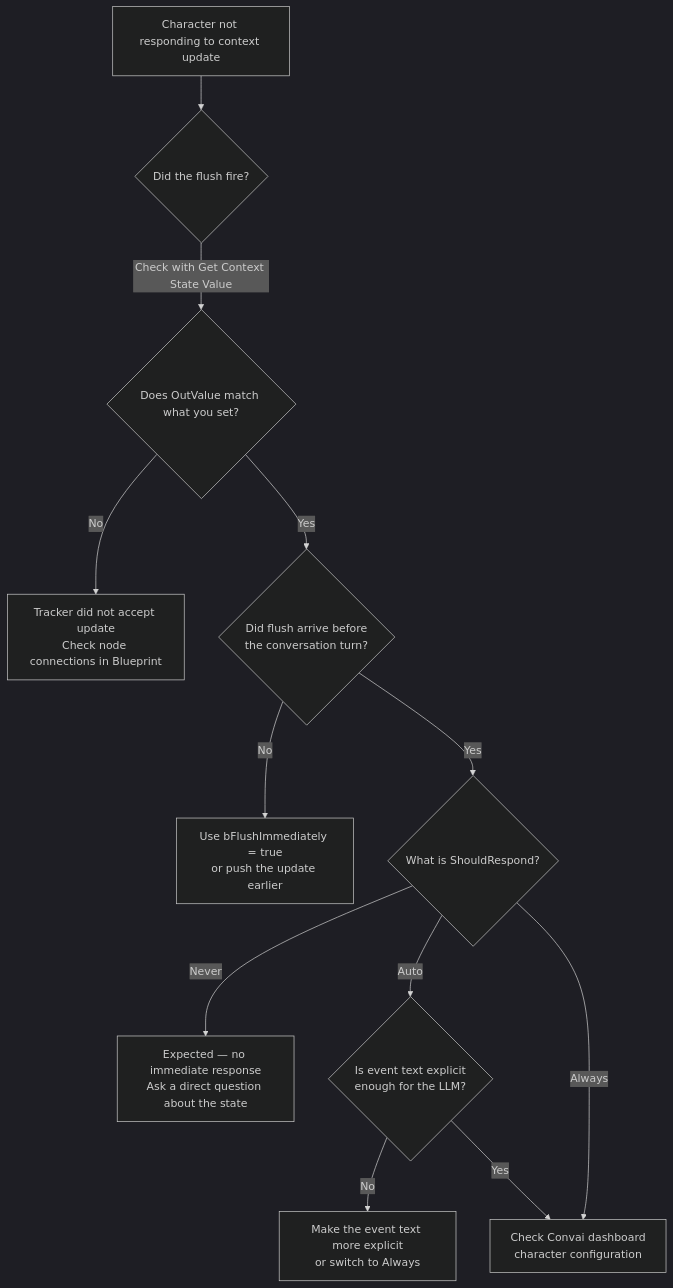
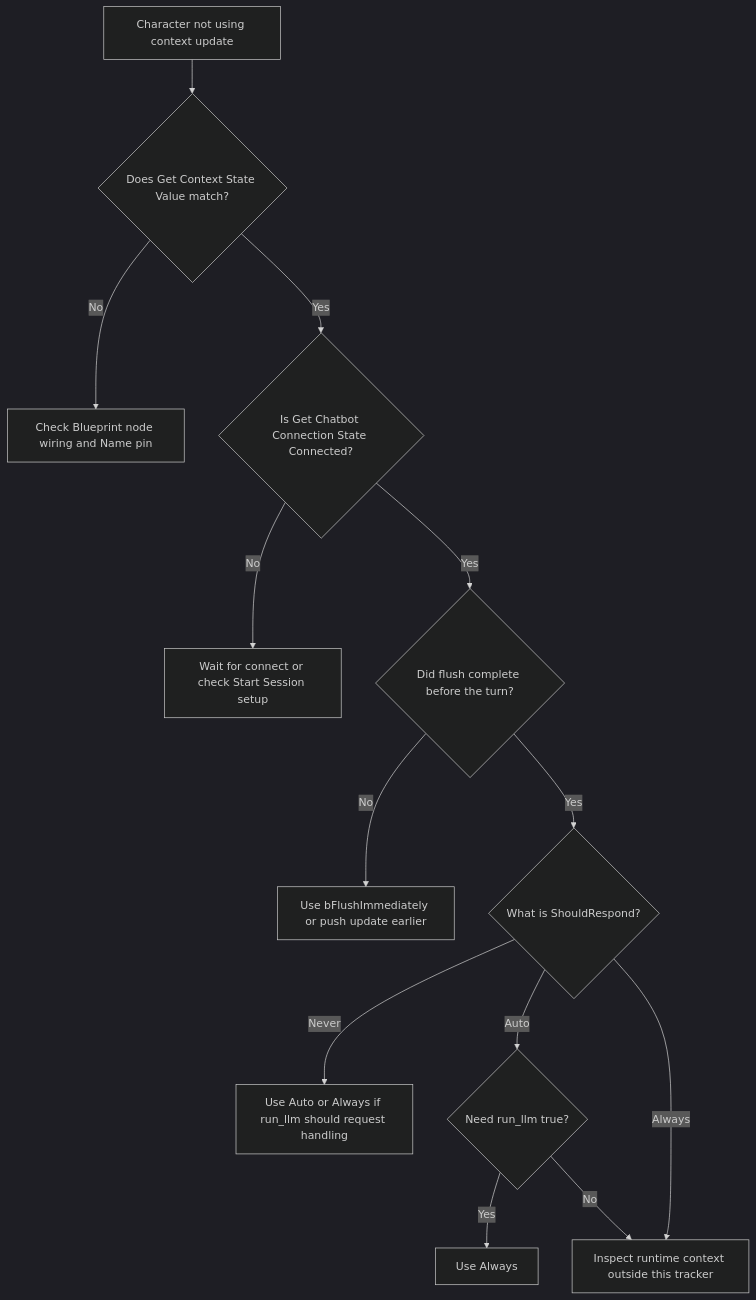
Before and after one commit to Conv-AI/Convai-Documentation: the diagram in plugins-and-integrations/convai-unreal-engine-plugin/features/dynamic-context/troubleshooting-and-diagnostics.md, drawn with Mermaid (dark theme). The commit also changed other lines of this file and 8 other files, not shown here.

````diff
--- a/plugins-and-integrations/convai-unreal-engine-plugin/features/dynamic-context/troubleshooting-and-diagnostics.md
+++ b/plugins-and-integrations/convai-unreal-engine-plugin/features/dynamic-context/troubleshooting-and-diagnostics.md
@@ -173,14 +197,15 @@
 ```mermaid
 flowchart TD
-    A[Character not responding to context update] --> B{Did the flush fire?}
-    B -- Check with Get Context State Value --> C{Does OutValue match what you set?}
-    C -- No --> D[Tracker did not accept update\nCheck node connections in Blueprint]
-    C -- Yes --> E{Did flush arrive before\nthe conversation turn?}
-    E -- No --> F[Use bFlushImmediately = true\nor push the update earlier]
-    E -- Yes --> G{What is ShouldRespond?}
-    G -- Never --> H[Expected — no immediate response\nAsk a direct question about the state]
-    G -- Auto --> I{Is event text explicit\nenough for the LLM?}
-    I -- No --> J[Make the event text more explicit\nor switch to Always]
-    I -- Yes --> K[Check Convai dashboard\ncharacter configuration]
-    G -- Always --> K
+    A[Character not using context update] --> B{Does Get Context State Value match?}
+    B -- No --> C[Check Blueprint node wiring and Name pin]
+    B -- Yes --> D{Is Get Chatbot Connection State Connected?}
+    D -- No --> E[Wait for connect or check Start Session setup]
+    D -- Yes --> F{Did flush complete before the turn?}
+    F -- No --> G[Use bFlushImmediately or push update earlier]
+    F -- Yes --> H{What is ShouldRespond?}
+    H -- Never --> I[Use Auto or Always if run_llm should request handling]
+    H -- Auto --> J{Need run_llm true?}
+    J -- Yes --> K[Use Always]
+    J -- No --> L[Inspect runtime context outside this tracker]
+    H -- Always --> L
 ```
````
